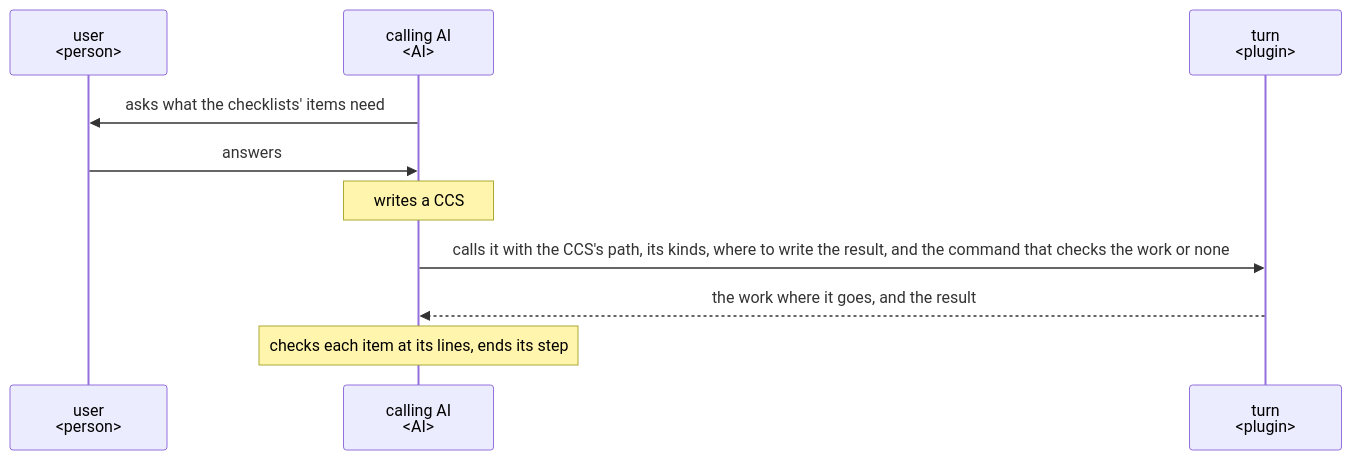
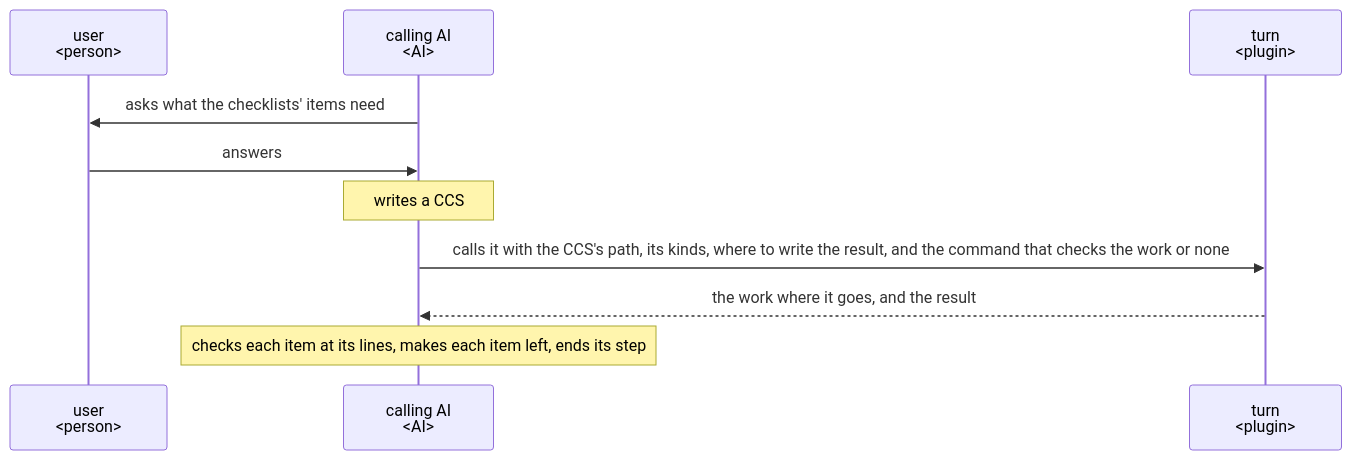
Before and after one commit to lovaizu/ccpm: the first of 4 diagrams in dev/turn/ux.md, drawn with Mermaid. The commit also changed other lines of this file and 2 other files, not shown here.

First line of the commit message:
state: T39 under way, turn's UX and logical view made to the turn agreed in audit-purpose.md 4; its architecture, docs, prompts and scripts next

````diff
--- a/dev/turn/ux.md
+++ b/dev/turn/ux.md
@@ -45,12 +46,12 @@
 ```mermaid
 sequenceDiagram
   participant U as user<br/>#lt;person#gt;
   participant C as calling AI<br/>#lt;AI#gt;
   participant T as turn<br/>#lt;plugin#gt;
   C->>U: asks what the checklists' items need
   U->>C: answers
   Note over C: writes a CCS
   C->>T: calls it with the CCS's path, its kinds, where to write the result, and the command that checks the work or none
   T-->>C: the work where it goes, and the result
-  Note over C: checks each item at its lines, ends its step
+  Note over C: checks each item at its lines, makes each item left, ends its step
 ```
````
